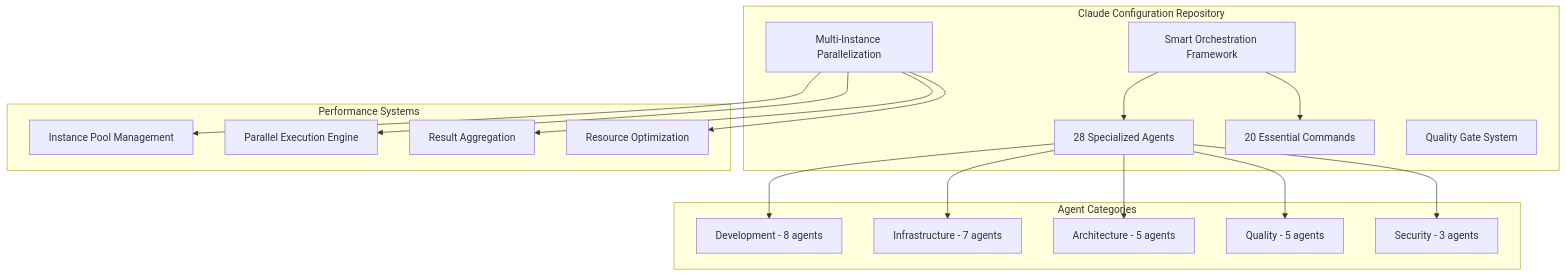
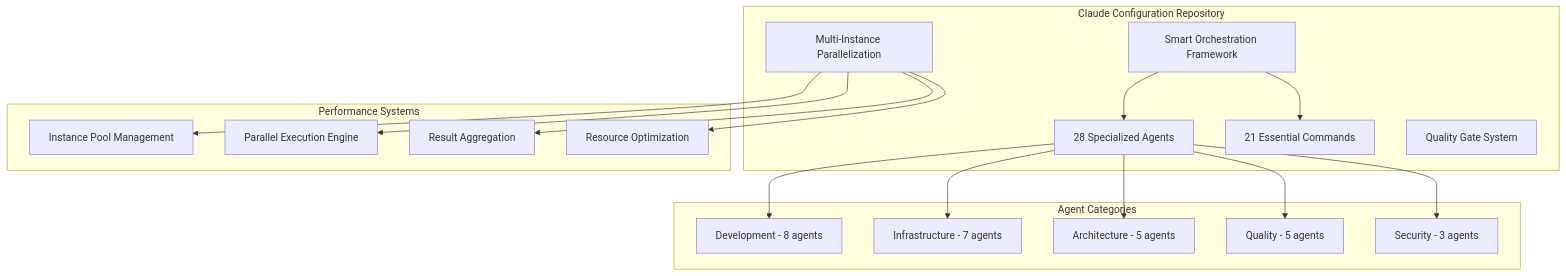
The diagram in docs/index.md (damilola-elegbede/claude-config), drawn with Mermaid before and after one commit. The commit also changed other lines of this file and 5 other files, not shown here.

````diff
--- a/docs/index.md
+++ b/docs/index.md
@@ -104,37 +104,37 @@
 ```mermaid
 graph TB
     subgraph "Claude Configuration Repository"
         A[Smart Orchestration Framework]
         B[28 Specialized Agents]
-        C[20 Essential Commands]
+        C[21 Essential Commands]
         D[Multi-Instance Parallelization]
         E[Quality Gate System]
     end
 
     subgraph "Agent Categories"
         F[Development - 8 agents]
         G[Infrastructure - 7 agents]
         H[Architecture - 5 agents]
         I[Quality - 5 agents]
         J[Security - 3 agents]
     end
 
     subgraph "Performance Systems"
         K[Instance Pool Management]
         L[Parallel Execution Engine]
         M[Result Aggregation]
         N[Resource Optimization]
     end
 
     A --> B
     A --> C
     B --> F
     B --> G
     B --> H
     B --> I
     B --> J
     D --> K
     D --> L
     D --> M
     D --> N
 ```
````
